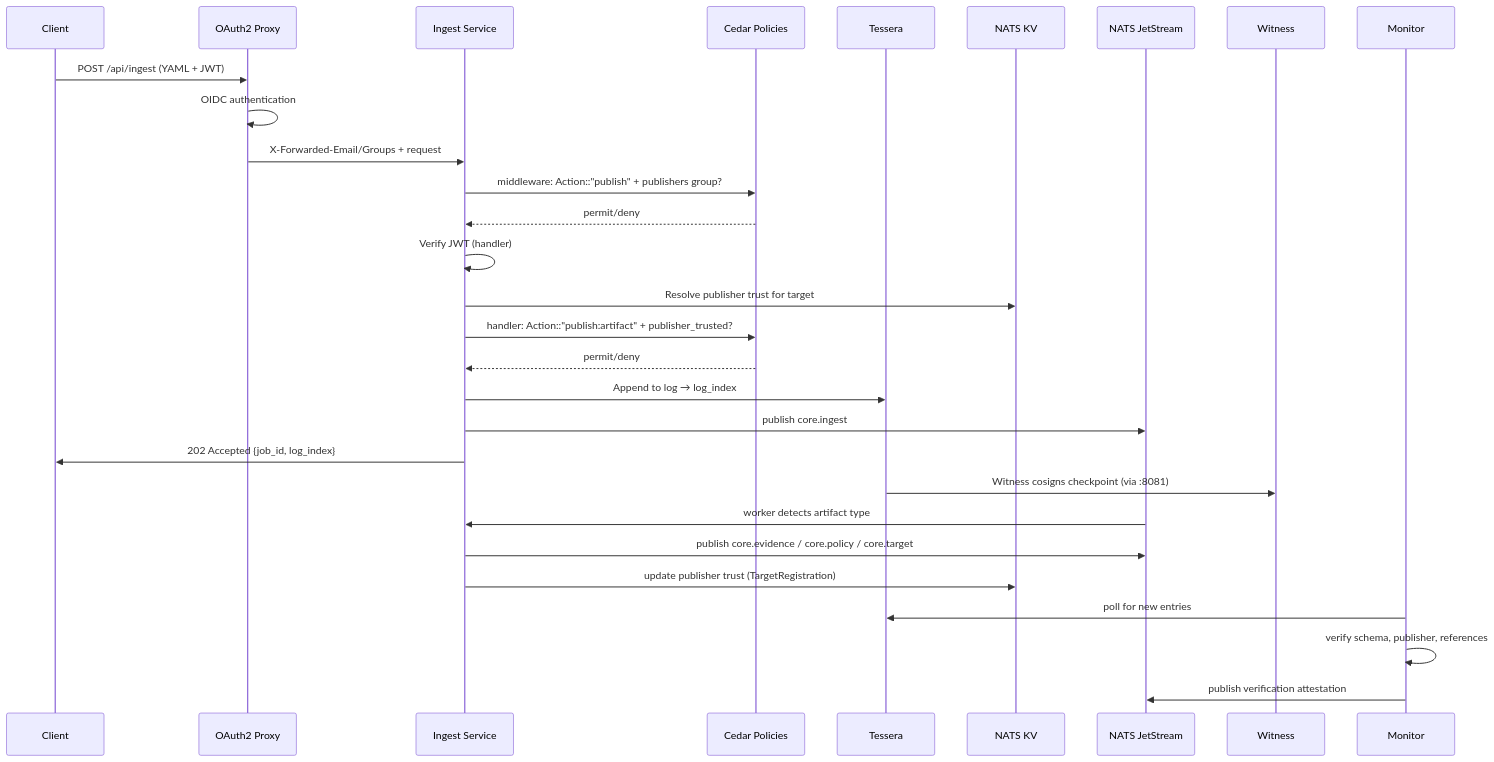
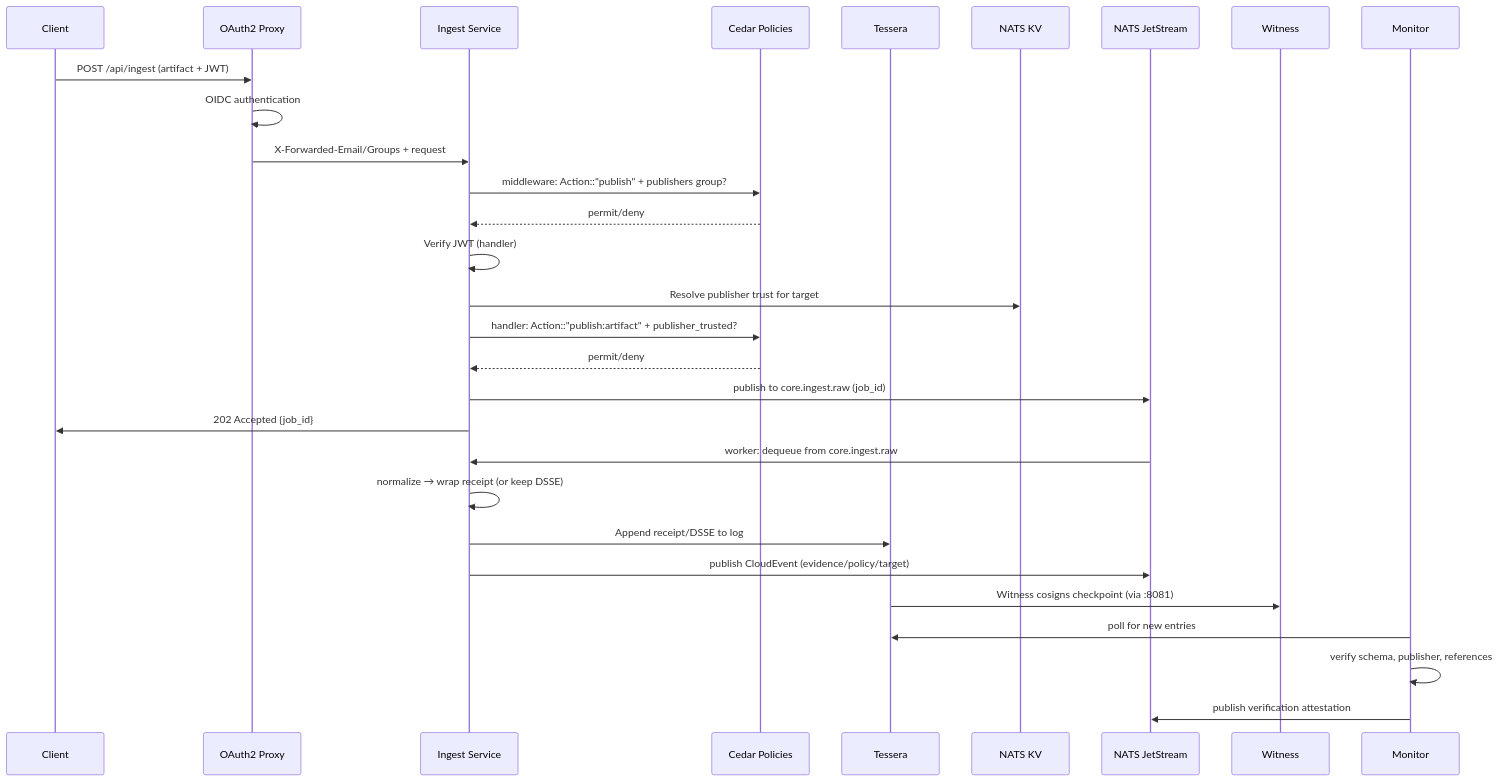
One commit to complytime-labs/complytime-core changed the second of 2 diagrams in docs/architecture.md. Above: the diagram before and after it, drawn with Mermaid. The commit also changed other lines of this file, not shown here.

First line of the commit message:
docs: update architecture for Phase 0 ingest pipeline

````diff
--- a/docs/architecture.md
+++ b/docs/architecture.md
@@ -114,32 +159,32 @@
 ```mermaid
 sequenceDiagram
   participant C as Client
   participant P as OAuth2 Proxy
   participant I as Ingest Service
   participant Cedar as Cedar Policies
   participant T as Tessera
   participant KV as NATS KV
   participant N as NATS JetStream
   participant W as Witness
   participant M as Monitor
 
-  C->>P: POST /api/ingest (YAML + JWT)
+  C->>P: POST /api/ingest (artifact + JWT)
   P->>P: OIDC authentication
   P->>I: X-Forwarded-Email/Groups + request
   I->>Cedar: middleware: Action::"publish" + publishers group?
   Cedar-->>I: permit/deny
   I->>I: Verify JWT (handler)
   I->>KV: Resolve publisher trust for target
   I->>Cedar: handler: Action::"publish:artifact" + publisher_trusted?
   Cedar-->>I: permit/deny
-  I->>T: Append to log → log_index
-  I->>N: publish core.ingest
-  I->>C: 202 Accepted {job_id, log_index}
+  I->>N: publish to core.ingest.raw (job_id)
+  I->>C: 202 Accepted {job_id}
+  N->>I: worker: dequeue from core.ingest.raw
+  I->>I: normalize → wrap receipt (or keep DSSE)
+  I->>T: Append receipt/DSSE to log
+  I->>N: publish CloudEvent (evidence/policy/target)
   T->>W: Witness cosigns checkpoint (via :8081)
-  N->>I: worker detects artifact type
-  I->>N: publish core.evidence / core.policy / core.target
-  I->>KV: update publisher trust (TargetRegistration)
   M->>T: poll for new entries
   M->>M: verify schema, publisher, references
   M->>N: publish verification attestation
 ```
````
